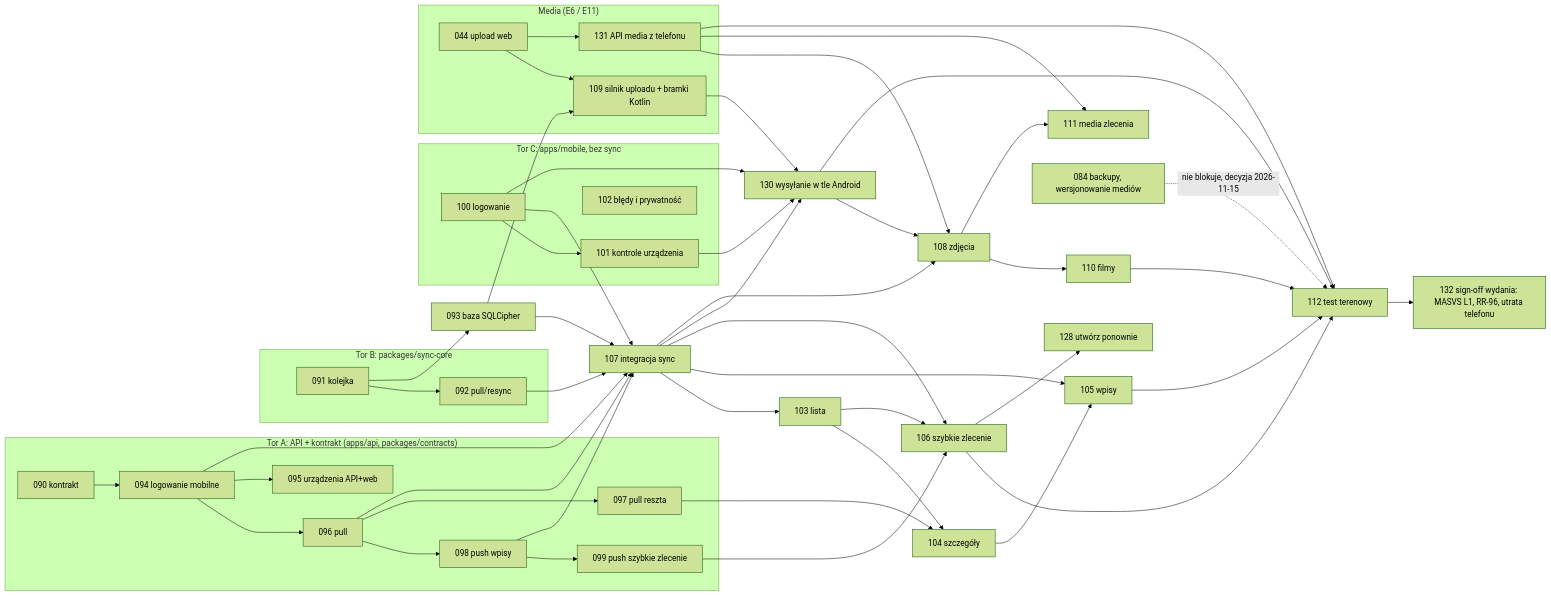
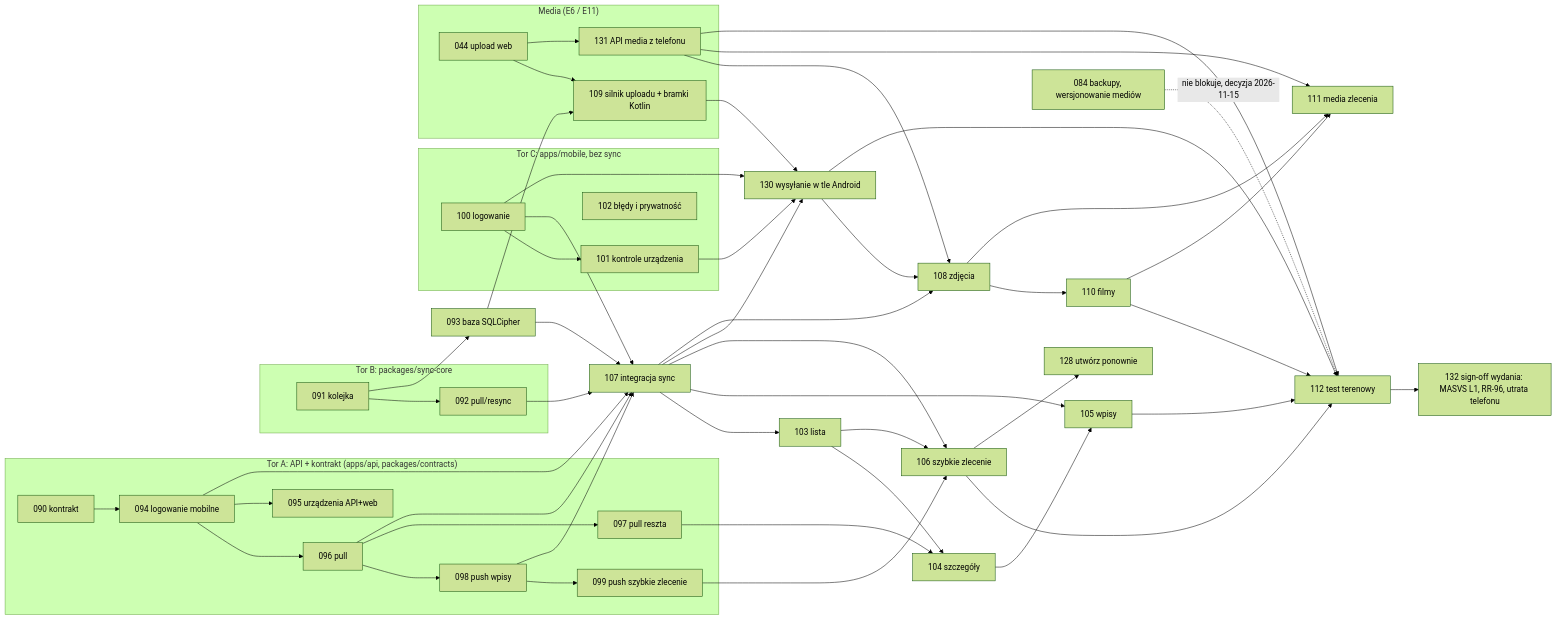
The diagram in docs/backlog/M2/README.md (konradkluz/evia-manager), drawn with Mermaid (forest theme) before and after one commit. The commit also changed other lines of this file and 2 other files, not shown here.

Commit message:
docs(backlog): the product owner's decisions for EVM-111 (no thumbnails, entry removed once the server confirms, light path) and uninstall after the field test in EVM-112 [EVM-111]

````diff
--- a/docs/backlog/M2/README.md
+++ b/docs/backlog/M2/README.md
@@ -64,38 +64,38 @@
 ```mermaid
 flowchart LR
   subgraph A["Tor A: API + kontrakt (apps/api, packages/contracts)"]
     E090[090 kontrakt] --> E094[094 logowanie mobilne]
     E094 --> E096[096 pull]
     E096 --> E098[098 push wpisy]
     E094 --> E095[095 urządzenia API+web]
     E096 --> E097[097 pull reszta]
     E098 --> E099[099 push szybkie zlecenie]
   end
   subgraph B["Tor B: packages/sync-core"]
     E091[091 kolejka] --> E092[092 pull/resync]
   end
   subgraph C["Tor C: apps/mobile, bez sync"]
     E100[100 logowanie] --> E101[101 kontrole urządzenia]
     E102[102 błędy i prywatność]
   end
   E091 --> E093[093 baza SQLCipher]
   E092 & E093 & E094 & E096 & E098 & E100 --> E107[107 integracja sync]
   E107 --> E103[103 lista] --> E104[104 szczegóły]
   E097 --> E104
   E104 & E107 --> E105[105 wpisy]
   E099 & E103 & E107 --> E106[106 szybkie zlecenie]
   subgraph E6["Media (E6 / E11)"]
     E044[044 upload web] --> E109[109 silnik uploadu + bramki Kotlin]
     E044 --> E131[131 API media z telefonu]
   end
   E093 --> E109
   E109 & E100 & E101 & E107 --> E130[130 wysyłanie w tle Android]
   E107 & E130 & E131 --> E108[108 zdjęcia]
   E108 --> E110[110 filmy] --> E112[112 test terenowy]
-  E108 & E131 --> E111[111 media zlecenia]
+  E108 & E110 & E131 --> E111[111 media zlecenia]
   E084[084 backupy, wersjonowanie mediów] -.->|nie blokuje, decyzja 2026-11-15| E112
   E130 & E131 --> E112
   E105 & E106 --> E112
   E112 --> E132[132 sign-off wydania: MASVS L1, RR-96, utrata telefonu]
   E106 --> E128[128 utwórz ponownie]
 ```
````
